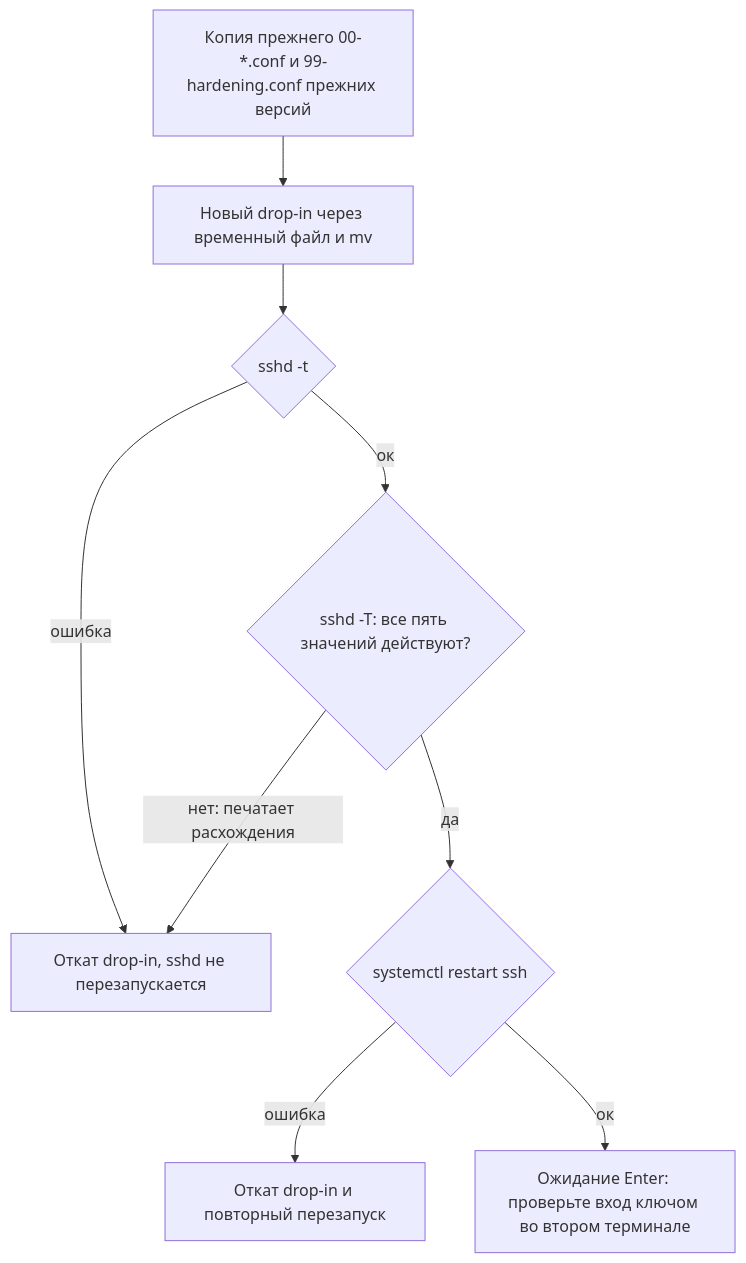
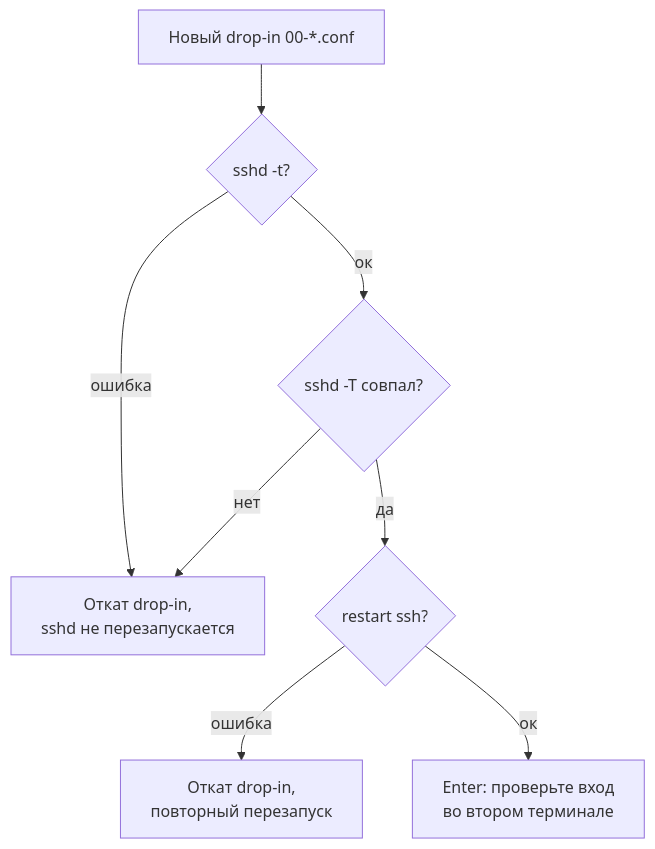
One commit to snaplyze/optimize-debian changed the diagram in docs/README_MINI_PC.md. Above: the diagram before and after it, drawn with Mermaid. The commit also changed 7 other files, not shown here.

First line of the commit message:
docs: make the diagrams of README and the guides readable on GitHub

````diff
--- a/docs/README_MINI_PC.md
+++ b/docs/README_MINI_PC.md
@@ -151,11 +151,10 @@
 ```mermaid
 flowchart TD
-    A["Копия прежнего 00-*.conf и 99-hardening.conf прежних версий"] --> B["Новый drop-in через временный файл и mv"]
-    B --> C{"sshd -t"}
-    C -- "ошибка" --> R["Откат drop-in, sshd не перезапускается"]
-    C -- "ок" --> D{"sshd -T: все пять значений действуют?"}
-    D -- "нет: печатает расхождения" --> R
-    D -- "да" --> E{"systemctl restart ssh"}
-    E -- "ошибка" --> R2["Откат drop-in и повторный перезапуск"]
-    E -- "ок" --> F["Ожидание Enter: проверьте вход ключом во втором терминале"]
+    A["Новый drop-in 00-*.conf"] --> C{"sshd -t?"}
+    C -- "ошибка" --> R["Откат drop-in,<br>sshd не перезапускается"]
+    C -- "ок" --> D{"sshd -T совпал?"}
+    D -- "нет" --> R
+    D -- "да" --> E{"restart ssh?"}
+    E -- "ошибка" --> R2["Откат drop-in,<br>повторный перезапуск"]
+    E -- "ок" --> F["Enter: проверьте вход<br>во втором терминале"]
 ```
````
